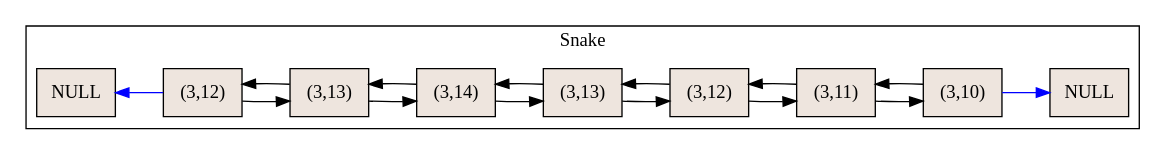
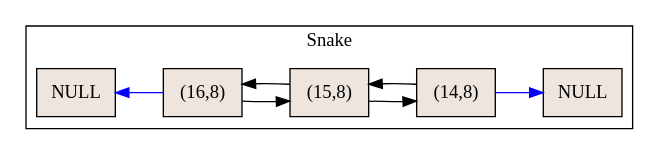
Before and after one commit to Eduardo01004/-EDD-_1S2019_P1_201612124: the diagram in ListaDobleSnake.dot, drawn with Graphviz. The commit also changed 3 other files, not shown here.

```diff
--- a/ListaDobleSnake.dot
+++ b/ListaDobleSnake.dot
@@ -1,29 +1,17 @@
 digraph G {rankdir = "LR"; 
  subgraph cluster3{
 label="Snake";
 h[shape=record, style=filled, fillcolor=seashell2,label="NULL"];
-936195[shape=record, style=filled, fillcolor=seashell2,label="(3,12)"];
-h->936195[dir=back color="blue"]
-936195[shape=record, style=filled, fillcolor=seashell2,label="(3,12)"];
-936195->936211
-936211->936195
-936211[shape=record, style=filled, fillcolor=seashell2,label="(3,13)"];
-936211->936199
-936199->936211
-936199[shape=record, style=filled, fillcolor=seashell2,label="(3,14)"];
-936199->936207
-936207->936199
-936207[shape=record, style=filled, fillcolor=seashell2,label="(3,13)"];
-936207->936215
-936215->936207
-936215[shape=record, style=filled, fillcolor=seashell2,label="(3,12)"];
-936215->930325
-930325->936215
-930325[shape=record, style=filled, fillcolor=seashell2,label="(3,11)"];
-930325->928829
-928829->930325
-928829[shape=record, style=filled, fillcolor=seashell2,label="(3,10)"];
+3195411[shape=record, style=filled, fillcolor=seashell2,label="(16,8)"];
+h->3195411[dir=back color="blue"]
+3195411[shape=record, style=filled, fillcolor=seashell2,label="(16,8)"];
+3195411->3120443
+3120443->3195411
+3120443[shape=record, style=filled, fillcolor=seashell2,label="(15,8)"];
+3120443->3197951
+3197951->3120443
+3197951[shape=record, style=filled, fillcolor=seashell2,label="(14,8)"];
 null[shape=record, style=filled, fillcolor=seashell2,label="NULL"];
-928829->null[ color="blue"]
+3197951->null[ color="blue"]
 }
 }
```
